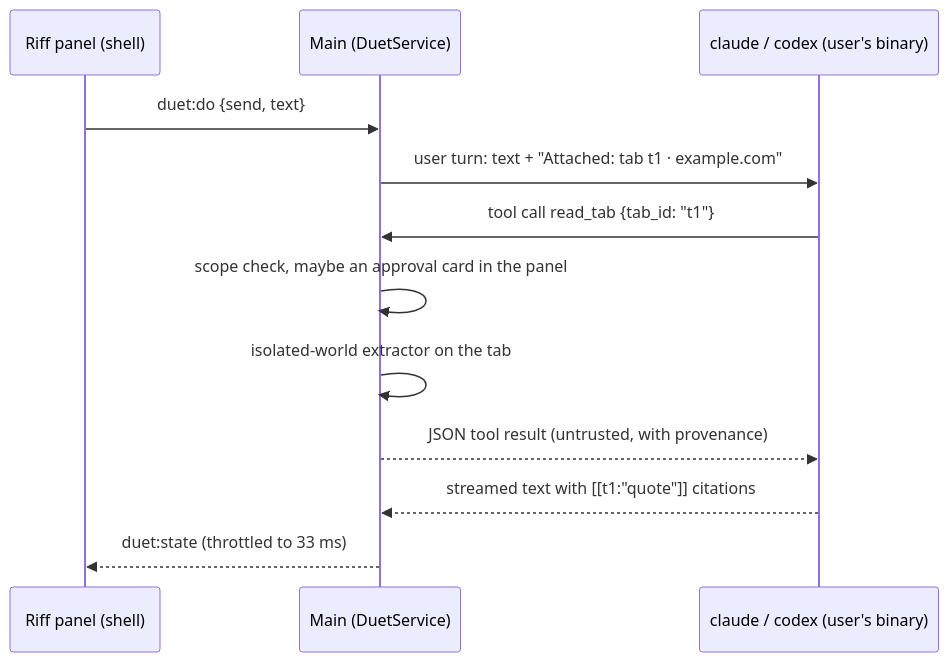
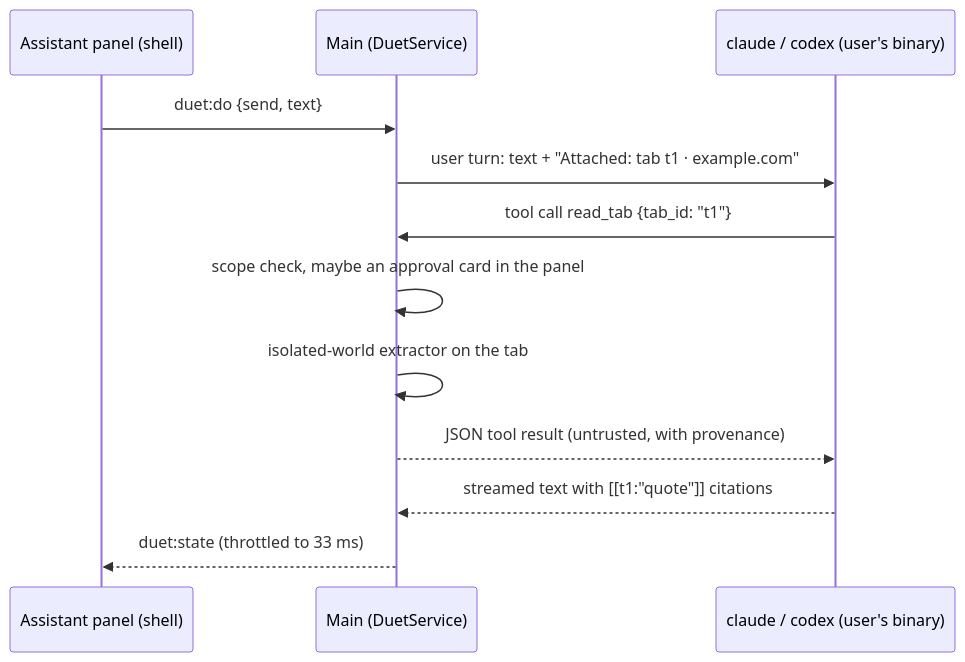
The second of 2 diagrams in ARCHITECTURE.md (anaremore/chord-browser), drawn with Mermaid before and after one commit. The commit also changed other lines of this file and 122 other files, not shown here.

````diff
--- a/ARCHITECTURE.md
+++ b/ARCHITECTURE.md
@@ -1027,14 +1027,14 @@
 ```mermaid
 sequenceDiagram
-  participant U as Riff panel (shell)
+  participant U as Assistant panel (shell)
   participant M as Main (DuetService)
   participant C as claude / codex (user's binary)
   U->>M: duet:do {send, text}
   M->>C: user turn: text + "Attached: tab t1 · example.com"
   C->>M: tool call read_tab {tab_id: "t1"}
   M->>M: scope check, maybe an approval card in the panel
   M->>M: isolated-world extractor on the tab
   M-->>C: JSON tool result (untrusted, with provenance)
   C-->>M: streamed text with [[t1:"quote"]] citations
   M-->>U: duet:state (throttled to 33 ms)
 ```
````
